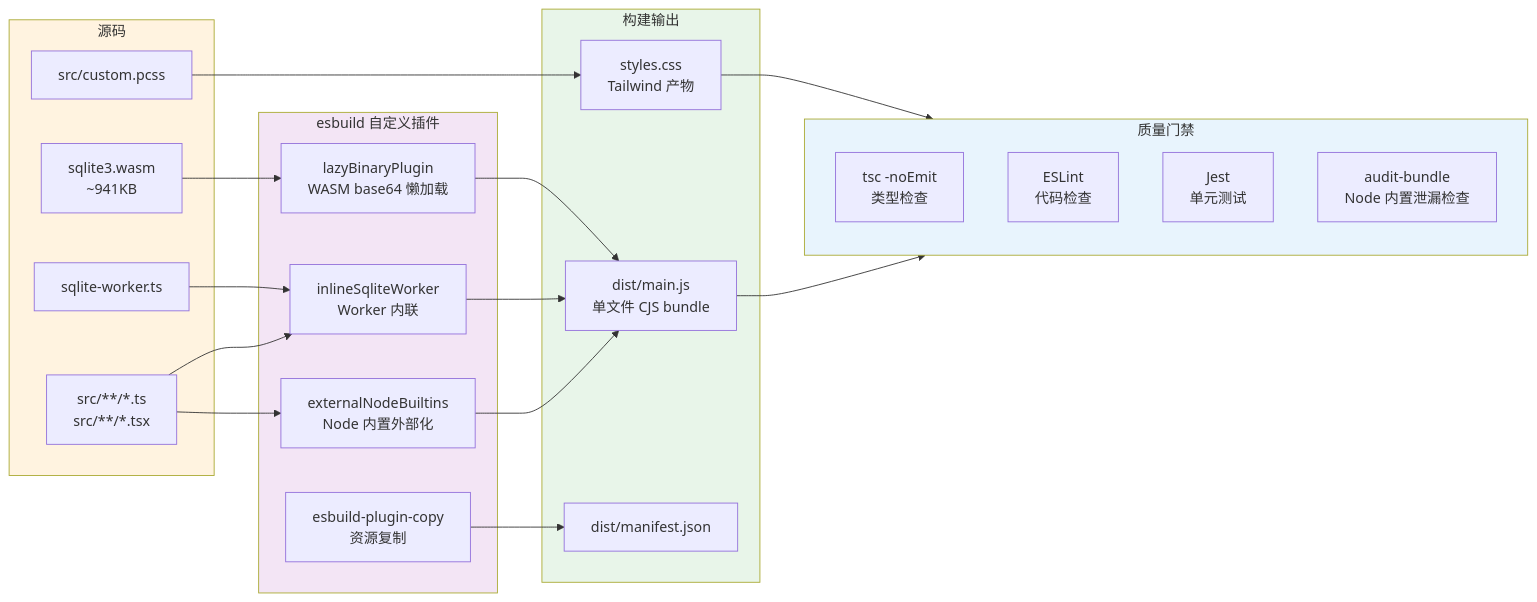
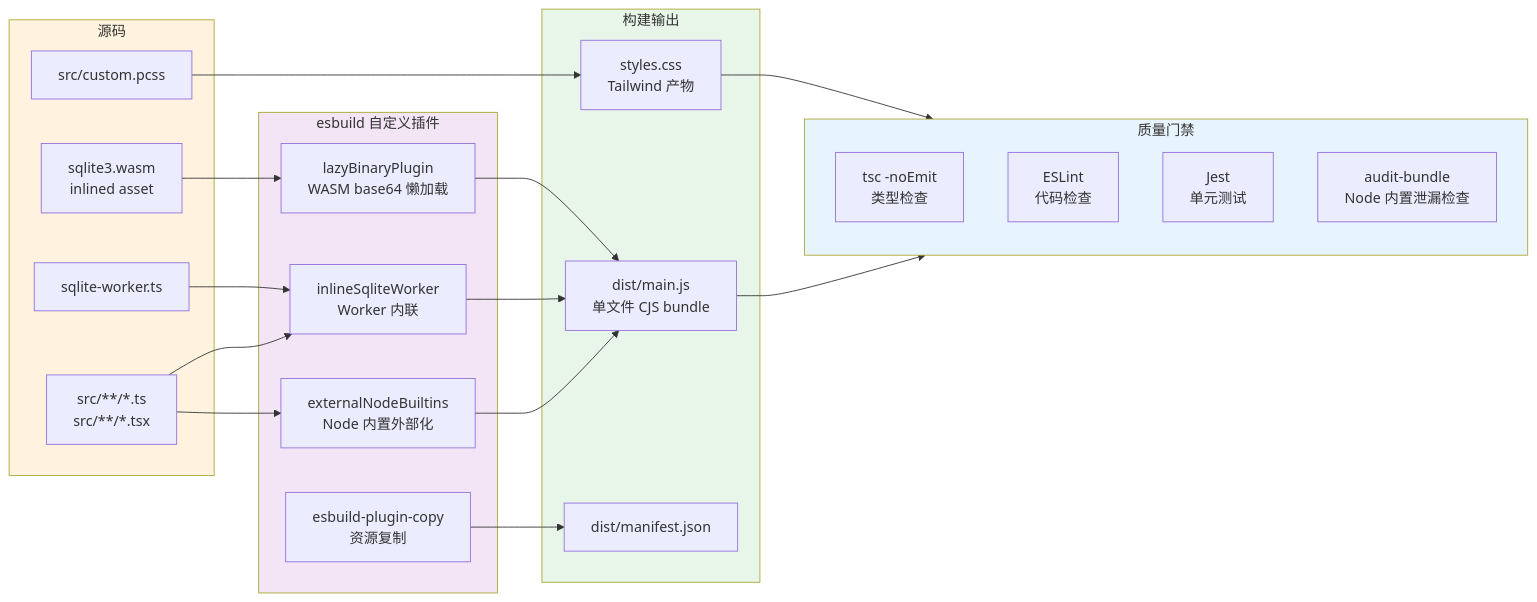
Before and after one commit to edonyzpc/personal-assistant: diagram 13 of 14 in docs/architecture/architecture-overview.md, drawn with Mermaid. The commit also changed other lines of this file and 37 other files, not shown here.

````diff
--- a/docs/architecture/architecture-overview.md
+++ b/docs/architecture/architecture-overview.md
@@ -884,43 +906,43 @@
 ```mermaid
 graph LR
     subgraph Source["源码"]
         TS_SRC[src/**/*.ts<br/>src/**/*.tsx]
         PCSS[src/custom.pcss]
-        WASM_BIN[sqlite3.wasm<br/>~941KB]
+        WASM_BIN[sqlite3.wasm<br/>inlined asset]
         WORKER_SRC[sqlite-worker.ts]
     end
 
     subgraph Plugins["esbuild 自定义插件"]
         P1[externalNodeBuiltins<br/>Node 内置外部化]
         P2[lazyBinaryPlugin<br/>WASM base64 懒加载]
         P3[inlineSqliteWorker<br/>Worker 内联]
         P4[esbuild-plugin-copy<br/>资源复制]
     end
 
     subgraph Build["构建输出"]
         MAIN_JS[dist/main.js<br/>单文件 CJS bundle]
         STYLES[styles.css<br/>Tailwind 产物]
         MANIFEST[dist/manifest.json]
     end
 
     subgraph QA["质量门禁"]
         TSC[tsc -noEmit<br/>类型检查]
         LINT[ESLint<br/>代码检查]
         TEST[Jest<br/>单元测试]
         AUDIT[audit-bundle<br/>Node 内置泄漏检查]
     end
 
     TS_SRC --> P1 & P3 --> MAIN_JS
     WASM_BIN --> P2 --> MAIN_JS
     WORKER_SRC --> P3
     PCSS --> STYLES
     P4 --> MANIFEST
 
     MAIN_JS --> QA
     STYLES --> QA
 
     style Source fill:#fff3e0
     style Plugins fill:#f3e5f5
     style Build fill:#e8f5e9
     style QA fill:#e8f4fd
 ```
````
